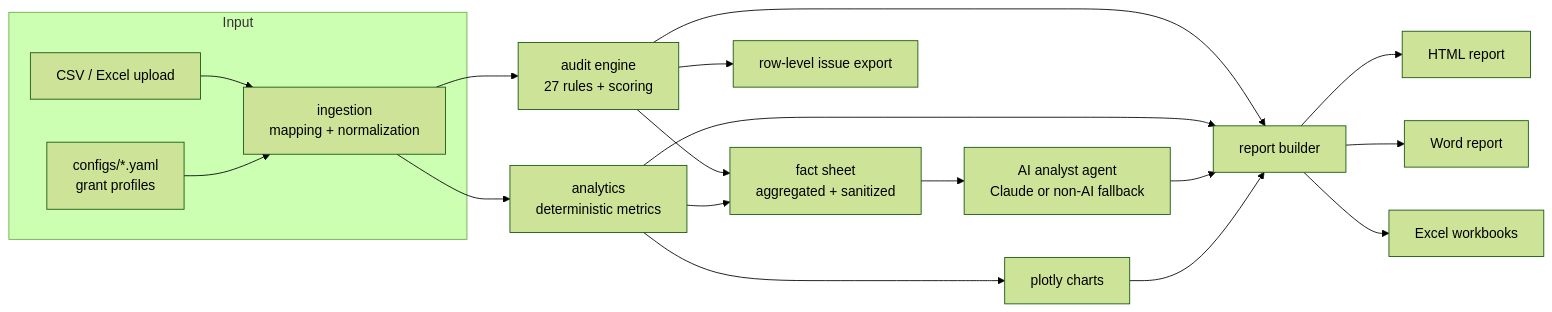
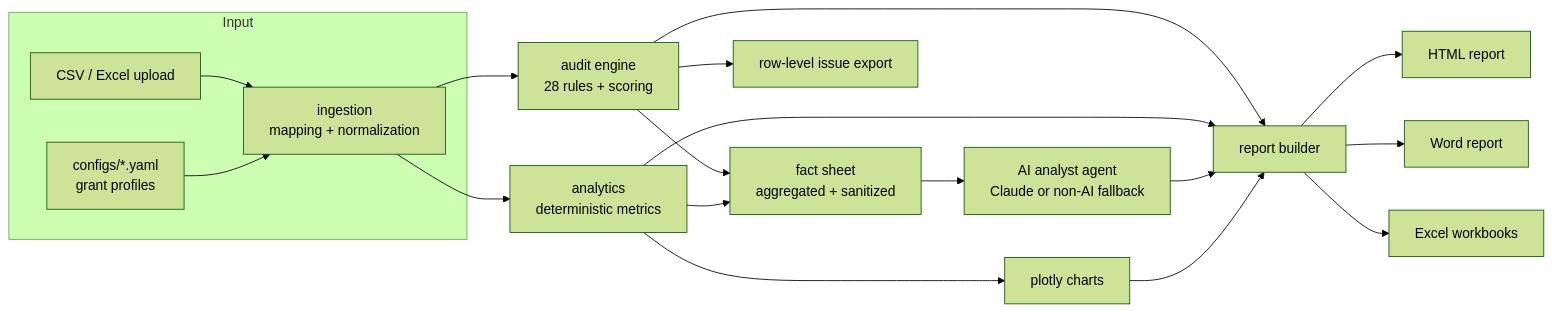
Before and after one commit to stve099/Grant-Data-Quality-Reporting-Assistant: the diagram in README.md, drawn with Mermaid (forest theme). The commit also changed other lines of this file and 8 other files, not shown here.

````diff
--- a/README.md
+++ b/README.md
@@ -239,21 +239,21 @@
 ```mermaid
 flowchart LR
     subgraph Input
         U[CSV / Excel upload] --> I[ingestion<br/>mapping + normalization]
         P[configs/*.yaml<br/>grant profiles] --> I
     end
-    I --> A[audit engine<br/>27 rules + scoring]
+    I --> A[audit engine<br/>28 rules + scoring]
     I --> M[analytics<br/>deterministic metrics]
     A --> F[fact sheet<br/>aggregated + sanitized]
     M --> F
     F --> G[AI analyst agent<br/>Claude or non-AI fallback]
     M --> C[plotly charts]
     A --> R[report builder]
     M --> R
     G --> R
     C --> R
     R --> O1[HTML report]
     R --> O2[Word report]
     R --> O3[Excel workbooks]
     A --> O4[row-level issue export]
 ```
````
